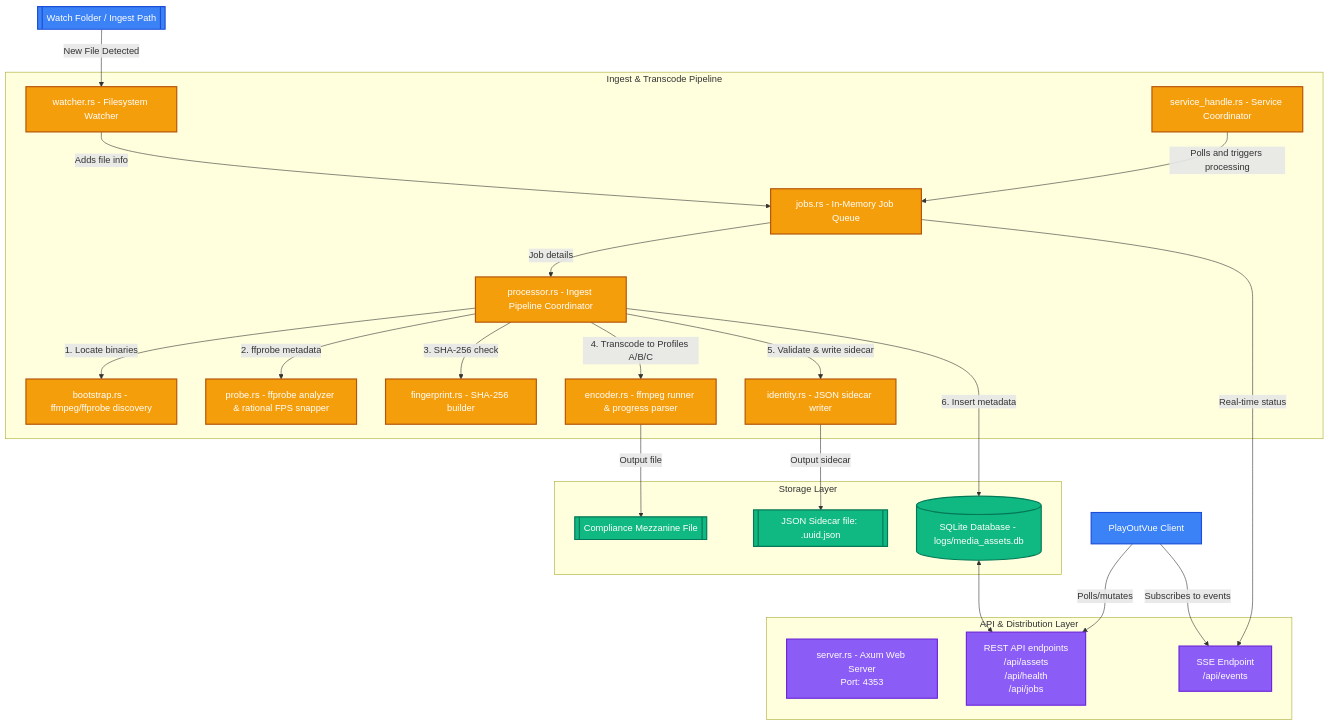
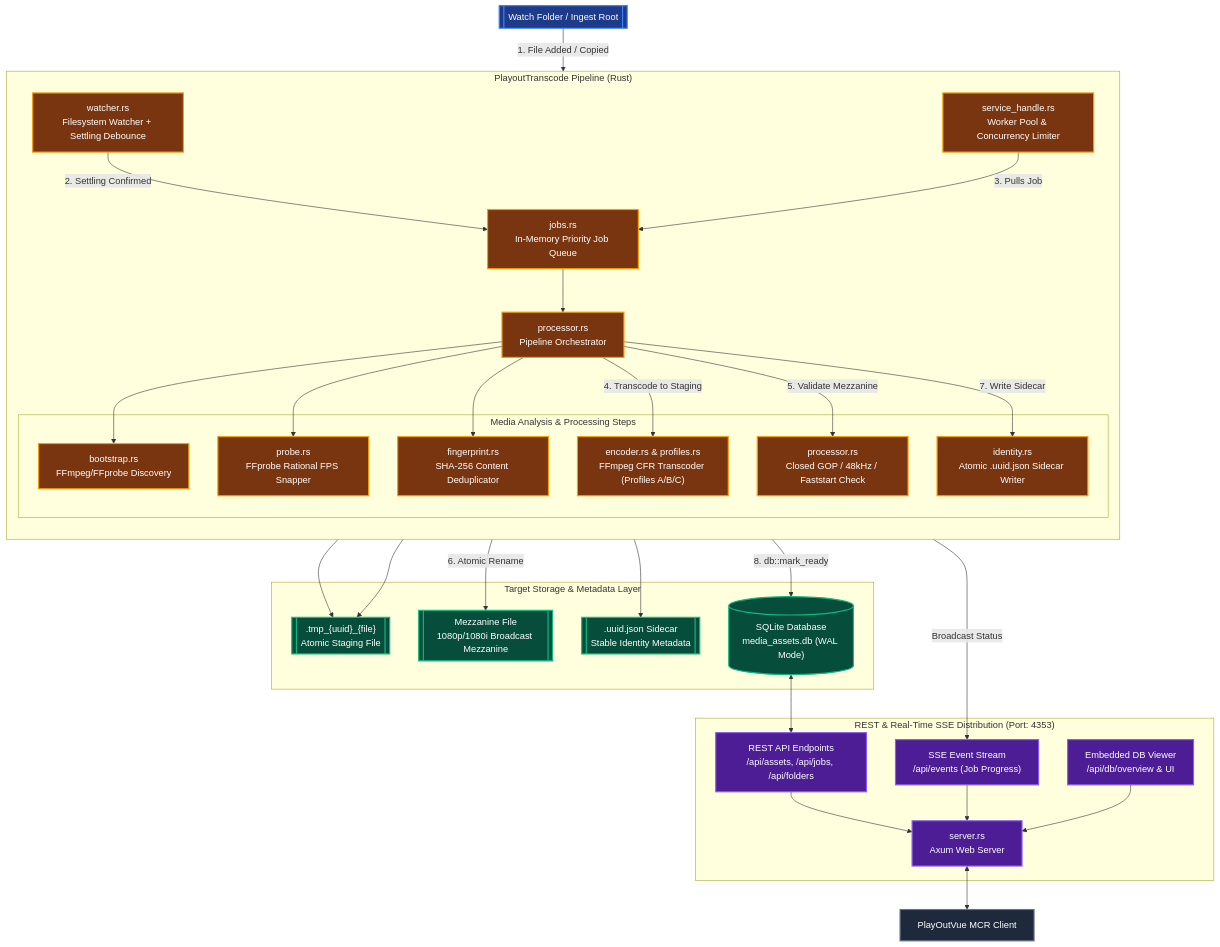
Before and after one commit to Soranokuni/PlayoutTranscode: the diagram in README.md, drawn with Mermaid. The commit also changed other lines of this file and 2 other files, not shown here.

Commit message:
docs: update README with pipeline graphs, author tags, and NotebookLM research manual

````diff
--- a/README.md
+++ b/README.md
@@ -11,60 +18,71 @@
 ```mermaid
-graph TD
-    classDef source fill:#3b82f6,stroke:#1d4ed8,stroke-width:2px,color:#fff;
-    classDef process fill:#f59e0b,stroke:#b45309,stroke-width:2px,color:#fff;
-    classDef db fill:#10b981,stroke:#047857,stroke-width:2px,color:#fff;
-    classDef api fill:#8b5cf6,stroke:#6d28d9,stroke-width:2px,color:#fff;
-    
-    WatchFolder[[Watch Folder / Ingest Path]]:::source
-    
-    subgraph Ingest_Pipeline [Ingest & Transcode Pipeline]
-        Watcher[watcher.rs - Filesystem Watcher]:::process
-        ServiceHandle[service_handle.rs - Service Coordinator]:::process
-        JobQueue[jobs.rs - In-Memory Job Queue]:::process
-        Processor[processor.rs - Ingest Pipeline Coordinator]:::process
-        
-        Bootstrap[bootstrap.rs - ffmpeg/ffprobe discovery]:::process
-        Probe[probe.rs - ffprobe analyzer & rational FPS snapper]:::process
-        Encoder[encoder.rs - ffmpeg runner & progress parser]:::process
-        Fingerprint[fingerprint.rs - SHA-256 builder]:::process
-        Identity[identity.rs - JSON sidecar writer]:::process
-    end
-    
-    subgraph Storage [Storage Layer]
-        SQLiteDB[(SQLite Database - logs/media_assets.db)]:::db
-        JSONSidecar[[JSON Sidecar file: .uuid.json]]:::db
-        ComplianceMezzanine[[Compliance Mezzanine File]]:::db
+flowchart TD
+    classDef watch fill:#1e3a8a,stroke:#3b82f6,stroke-width:2px,color:#fff;
+    classDef process fill:#78350f,stroke:#f59e0b,stroke-width:2px,color:#fff;
+    classDef storage fill:#064e3b,stroke:#10b981,stroke-width:2px,color:#fff;
+    classDef api fill:#4c1d95,stroke:#8b5cf6,stroke-width:2px,color:#fff;
+    classDef client fill:#1e293b,stroke:#64748b,stroke-width:2px,color:#fff;
+
+    WatchFolder[["Watch Folder / Ingest Root"]]:::watch
+
+    subgraph INGEST_ENGINE ["PlayoutTranscode Pipeline (Rust)"]
+        direction TB
+        Watcher["watcher.rs<br/>Filesystem Watcher + Settling Debounce"]:::process
+        ServiceHandle["service_handle.rs<br/>Worker Pool & Concurrency Limiter"]:::process
+        JobQueue["jobs.rs<br/>In-Memory Priority Job Queue"]:::process
+        Processor["processor.rs<br/>Pipeline Orchestrator"]:::process
+
+        subgraph WORKERS ["Media Analysis & Processing Steps"]
+            Bootstrap["bootstrap.rs<br/>FFmpeg/FFprobe Discovery"]:::process
+            Probe["probe.rs<br/>FFprobe Rational FPS Snapper"]:::process
+            Fingerprint["fingerprint.rs<br/>SHA-256 Content Deduplicator"]:::process
+            Encoder["encoder.rs & profiles.rs<br/>FFmpeg CFR Transcoder (Profiles A/B/C)"]:::process
+            Validator["processor.rs<br/>Closed GOP / 48kHz / Faststart Check"]:::process
+            Sidecar["identity.rs<br/>Atomic .uuid.json Sidecar Writer"]:::process
+        end
     end
 
-    subgraph API_Layer [API & Distribution Layer]
-        AxumServer[server.rs - Axum Web Server<br>Port: 4353]:::api
-        REST_API[REST API endpoints<br>/api/assets<br>/api/health<br>/api/jobs]:::api
-        SSE_Stream[SSE Endpoint<br>/api/events]:::api
+    subgraph STORAGE_LAYER ["Target Storage & Metadata Layer"]
+        StagingFile[[".tmp_{uuid}_{file}<br/>Atomic Staging File"]]:::storage
+        MezzanineFile[["Mezzanine File<br/>1080p/1080i Broadcast Mezzanine"]]:::storage
+        JSONSidecar[[".uuid.json Sidecar<br/>Stable Identity Metadata"]]:::storage
+        SQLiteDB[("SQLite Database<br/>media_assets.db (WAL Mode)")]:::storage
     end
-    
-    PlayOutClient[PlayOutVue Client]:::source
 
-    %% Inflow and queuing
-    WatchFolder -- New File Detected --> Watcher
-    Watcher -- Adds file info --> JobQueue
-    ServiceHandle -- Polls and triggers processing --> JobQueue
-    JobQueue -- Job details --> Processor
-    
-    %% Processing steps
-    Processor -- 1. Locate binaries --> Bootstrap
-    Processor -- 2. ffprobe metadata --> Probe
-    Processor -- 3. SHA-256 check --> Fingerprint
-    Processor -- 4. Transcode to Profiles A/B/C --> Encoder
-    Processor -- 5. Validate & write sidecar --> Identity
-    Processor -- 6. Insert metadata --> SQLiteDB
-    
-    Encoder -- Output file --> ComplianceMezzanine
-    Identity -- Output sidecar --> JSONSidecar
-    
-    %% API and communication
+    subgraph API_LAYER ["REST & Real-Time SSE Distribution (Port: 4353)"]
+        AxumServer["server.rs<br/>Axum Web Server"]:::api
+        REST_API["REST API Endpoints<br/>/api/assets, /api/jobs, /api/folders"]:::api
+        SSE_Stream["SSE Event Stream<br/>/api/events (Job Progress)"]:::api
+        DB_Viewer["Embedded DB Viewer<br/>/api/db/overview & UI"]:::api
+    end
+
+    PlayOutClient["PlayOutVue MCR Client"]:::client
+
+    %% Ingestion Flow
+    WatchFolder -- "1. File Added / Copied" --> Watcher
+    Watcher -- "2. Settling Confirmed" --> JobQueue
+    ServiceHandle -- "3. Pulls Job" --> JobQueue
+    JobQueue --> Processor
+
+    %% Execution Flow
+    Processor --> Bootstrap
+    Processor --> Probe
+    Processor --> Fingerprint
+    Processor -- "4. Transcode to Staging" --> Encoder
+    Encoder --> StagingFile
+    Processor -- "5. Validate Mezzanine" --> Validator
+    Validator --> StagingFile
+    Processor -- "6. Atomic Rename" --> MezzanineFile
+    Processor -- "7. Write Sidecar" --> Sidecar
+    Sidecar --> JSONSidecar
+    Processor -- "8. db::mark_ready" --> SQLiteDB
+
+    %% Distribution Flow
     SQLiteDB <--> REST_API
-    JobQueue -- Real-time status --> SSE_Stream
-    
-    PlayOutClient -- Polls/mutates --> REST_API
-    PlayOutClient -- Subscribes to events --> SSE_Stream
+    JobQueue -- "Broadcast Status" --> SSE_Stream
+    REST_API --> AxumServer
+    SSE_Stream --> AxumServer
+    DB_Viewer --> AxumServer
+
+    AxumServer <--> PlayOutClient
 ```
````
